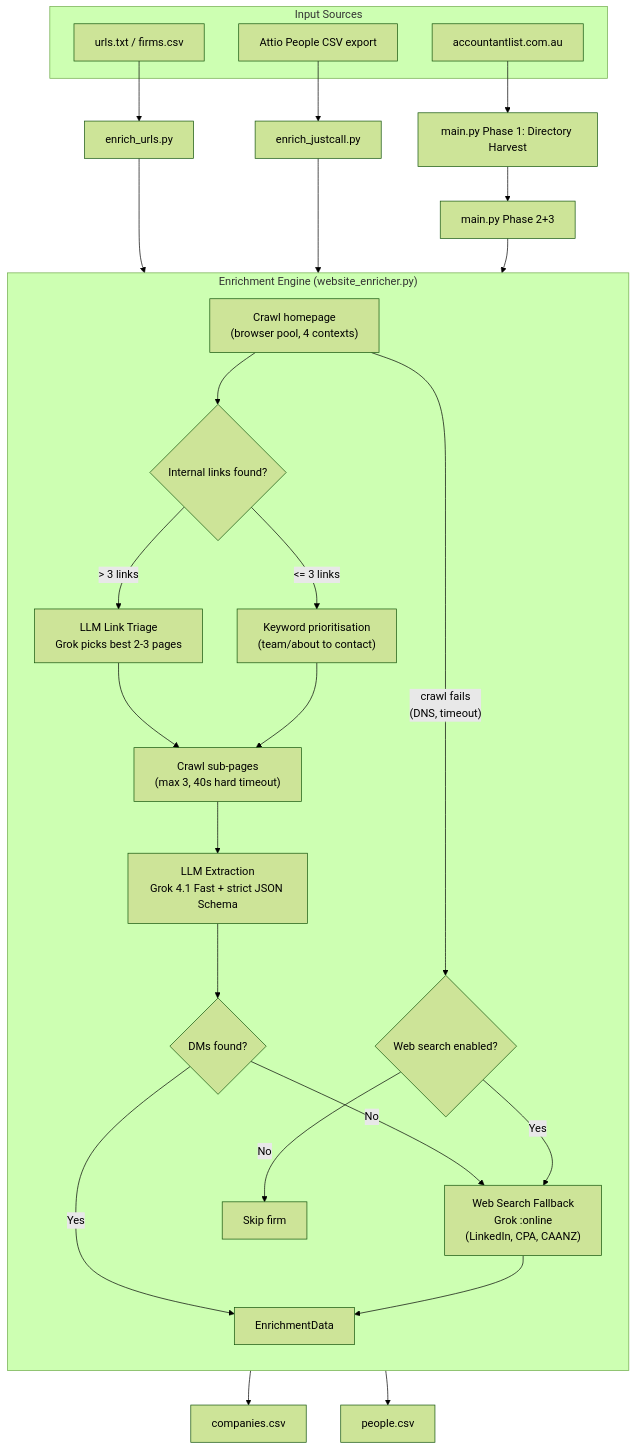
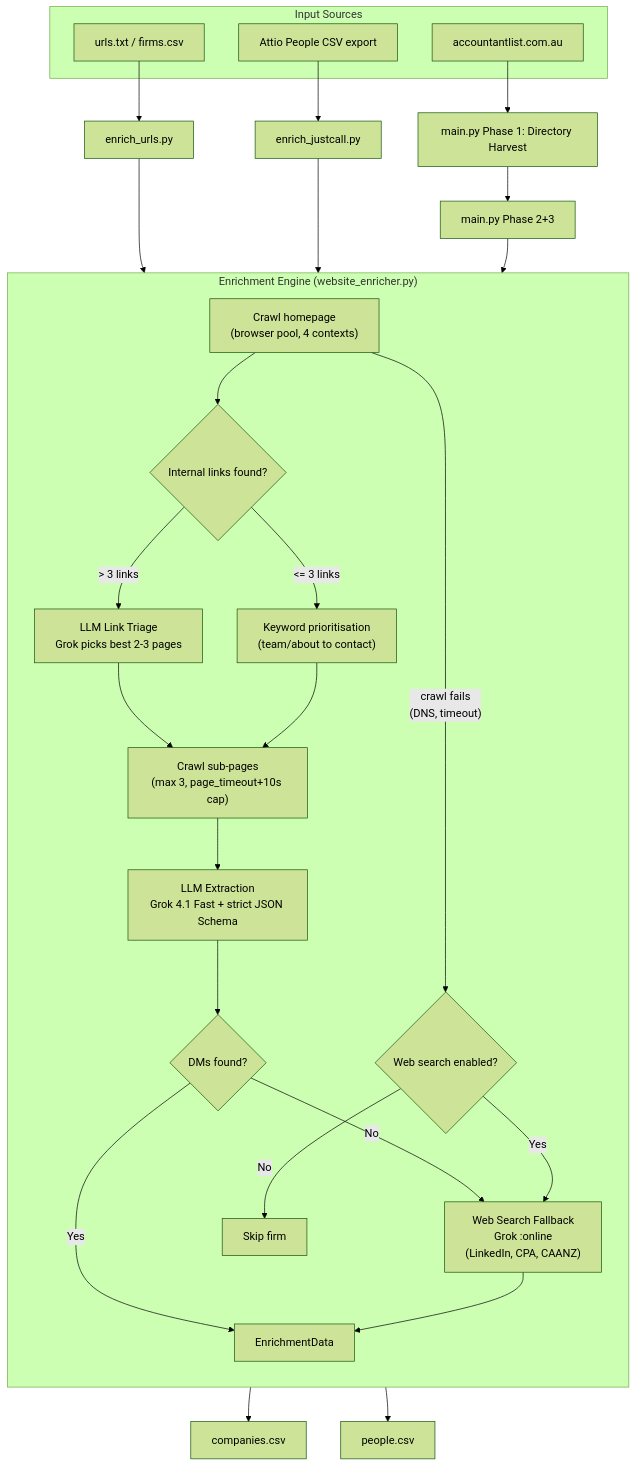
Before and after one commit to OscarMcG-dev/Scraping_Accountantlist: the diagram in scraper/architecture.mmd, drawn with Mermaid (forest theme). The commit also changed 11 other files, not shown here.

```diff
--- a/scraper/architecture.mmd
+++ b/scraper/architecture.mmd
@@ -1,37 +1,37 @@
 flowchart TD
     subgraph inputs["Input Sources"]
         A1["urls.txt / firms.csv"]
         A2["Attio People CSV export"]
         A3["accountantlist.com.au"]
     end
 
     A1 --> S1["enrich_urls.py"]
     A2 --> S2["enrich_justcall.py"]
     A3 --> S3["main.py Phase 1: Directory Harvest"]
     S3 --> S1_2["main.py Phase 2+3"]
 
     S1 --> engine
     S2 --> engine
     S1_2 --> engine
 
     subgraph engine["Enrichment Engine (website_enricher.py)"]
         direction TB
         P1["Crawl homepage<br/>(browser pool, 4 contexts)"]
         P1 --> P2{"Internal links found?"}
         P2 -->|"> 3 links"| P3["LLM Link Triage<br/>Grok picks best 2-3 pages"]
         P2 -->|"<= 3 links"| P4["Keyword prioritisation<br/>(team/about to contact)"]
-        P3 --> P5["Crawl sub-pages<br/>(max 3, 40s hard timeout)"]
+        P3 --> P5["Crawl sub-pages<br/>(max 3, page_timeout+10s cap)"]
         P4 --> P5
         P5 --> P6["LLM Extraction<br/>Grok 4.1 Fast + strict JSON Schema"]
         P6 --> P7{"DMs found?"}
         P7 -->|No| P8["Web Search Fallback<br/>Grok :online<br/>(LinkedIn, CPA, CAANZ)"]
         P7 -->|Yes| P9["EnrichmentData"]
         P8 --> P9
 
         P1 -->|"crawl fails<br/>(DNS, timeout)"| P10{"Web search enabled?"}
         P10 -->|Yes| P8
         P10 -->|No| P11["Skip firm"]
     end
 
     engine --> O1["companies.csv"]
     engine --> O2["people.csv"]
```
